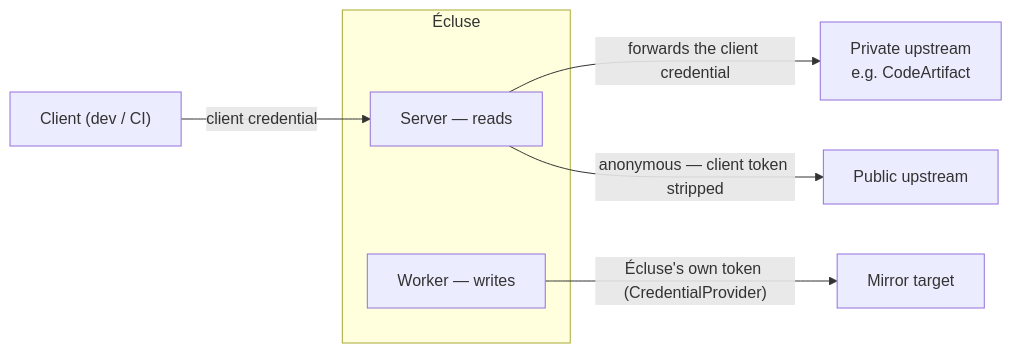
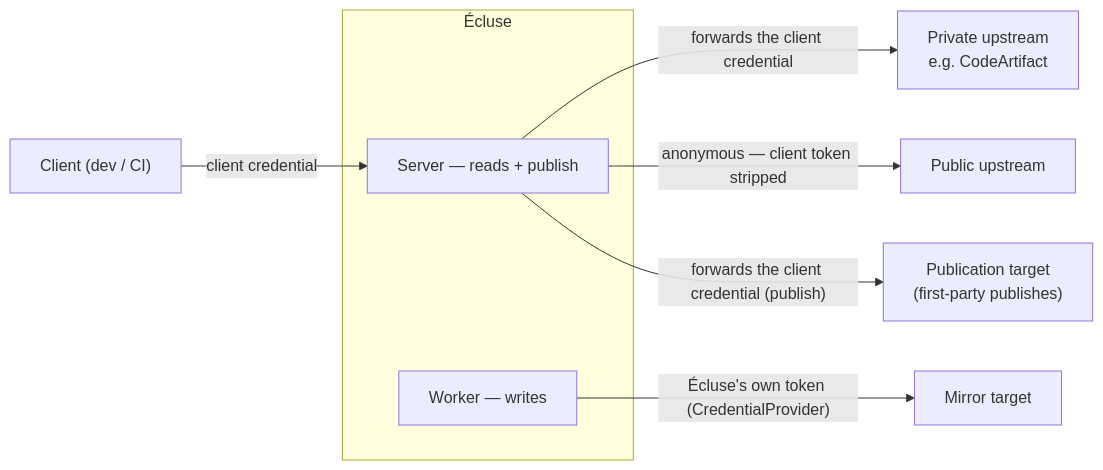
Before and after one commit to AlexaDeWit/Ecluse: the seventh of 8 diagrams in docs/architecture/diagrams.md, drawn with Mermaid. The commit also changed other lines of this file and 2 other files, not shown here.

First line of the commit message:
docs(architecture): update diagrams for the four-role model (publication target) (#238)

````diff
--- a/docs/architecture/diagrams.md
+++ b/docs/architecture/diagrams.md
@@ -268,16 +274,18 @@
 ```mermaid
 flowchart LR
     Client["Client (dev / CI)"]
     subgraph E["Écluse"]
-        SRV["Server — reads"]
+        SRV["Server — reads + publish"]
         WK["Worker — writes"]
     end
     Priv["Private upstream<br/>e.g. CodeArtifact"]
     Pub["Public upstream"]
     Mirror["Mirror target"]
+    PubT["Publication target<br/>(first-party publishes)"]
 
     Client -->|"client credential"| SRV
     SRV -->|"forwards the client credential"| Priv
     SRV -->|"anonymous — client token stripped"| Pub
+    SRV -->|"forwards the client credential (publish)"| PubT
     WK -->|"Écluse's own token (CredentialProvider)"| Mirror
 ```
````
